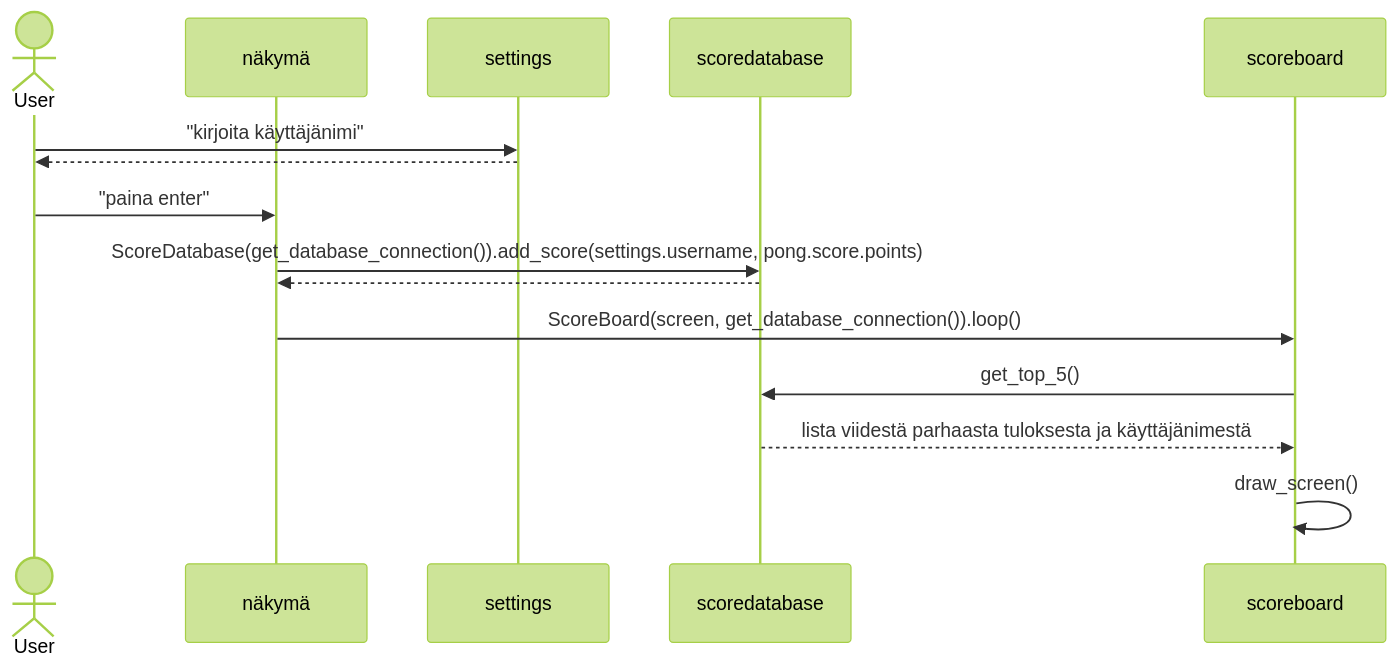
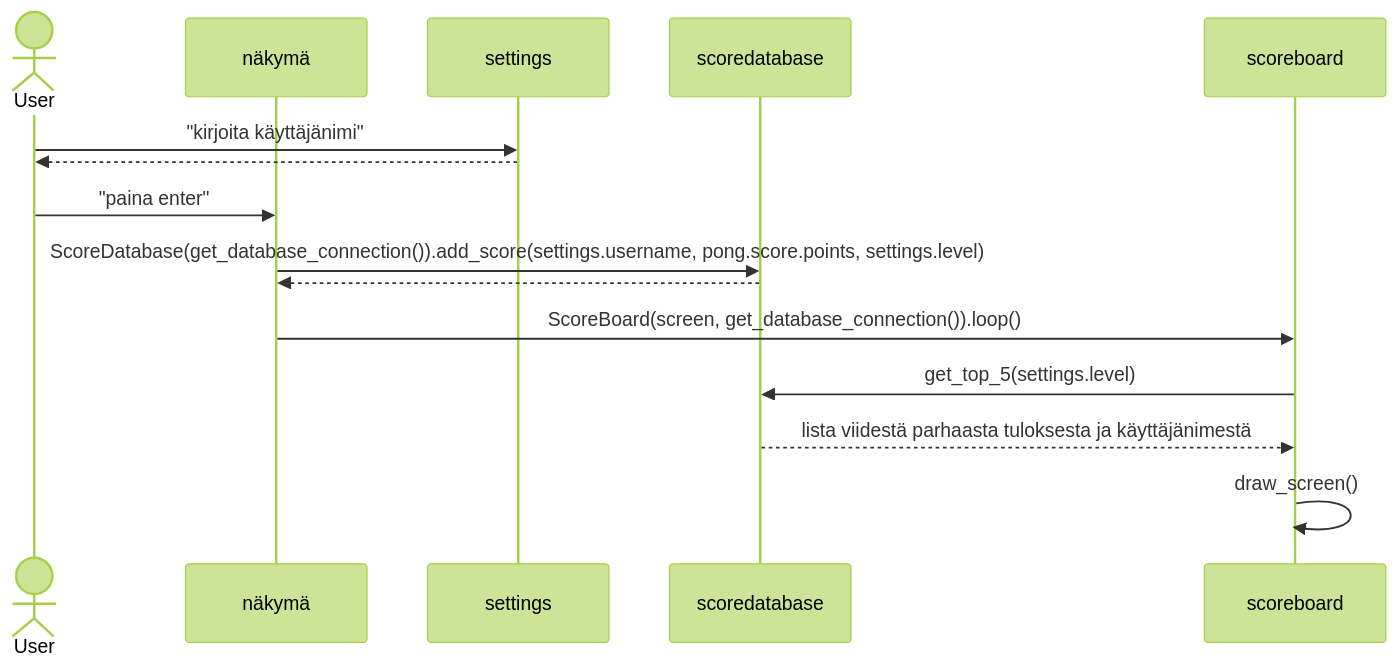
Before and after one commit to alannesanni/ot-harjoitustyo: the fourth of 4 diagrams in dokumentaatio/arkkitehtuuri.md, drawn with Mermaid (forest theme).

````diff
--- a/dokumentaatio/arkkitehtuuri.md
+++ b/dokumentaatio/arkkitehtuuri.md
@@ -109,18 +109,18 @@
 ```mermaid
 sequenceDiagram
   actor User
   participant näkymä
   participant settings
   participant scoredatabase
   participant scoreboard
   
   User ->> settings: "kirjoita käyttäjänimi"
   settings -->> User:  
   User ->> näkymä: "paina enter"
-  näkymä ->> scoredatabase: ScoreDatabase(get_database_connection()).add_score(settings.username, pong.score.points)
+  näkymä ->> scoredatabase: ScoreDatabase(get_database_connection()).add_score(settings.username, pong.score.points, settings.level)
   scoredatabase -->> näkymä:  
   näkymä ->> scoreboard: ScoreBoard(screen, get_database_connection()).loop()
-  scoreboard ->> scoredatabase: get_top_5()
+  scoreboard ->> scoredatabase: get_top_5(settings.level)
   scoredatabase -->> scoreboard: lista viidestä parhaasta tuloksesta ja käyttäjänimestä
   scoreboard ->> scoreboard: draw_screen()
 ```
````
